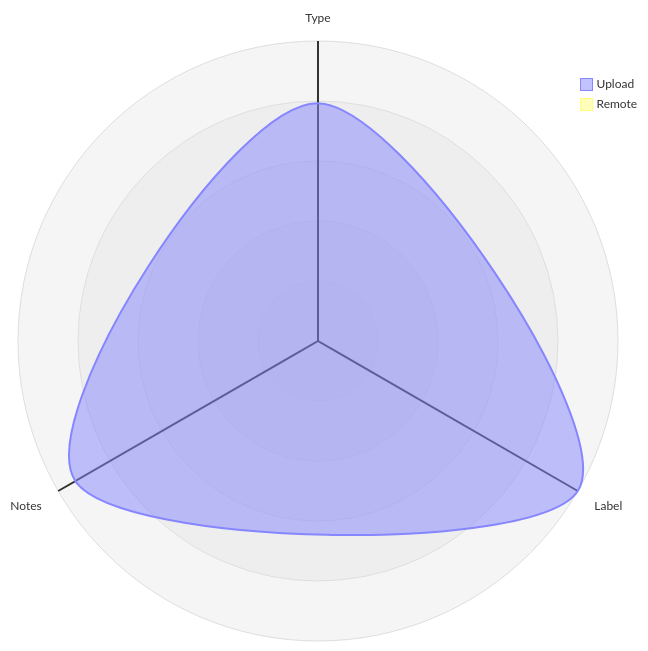
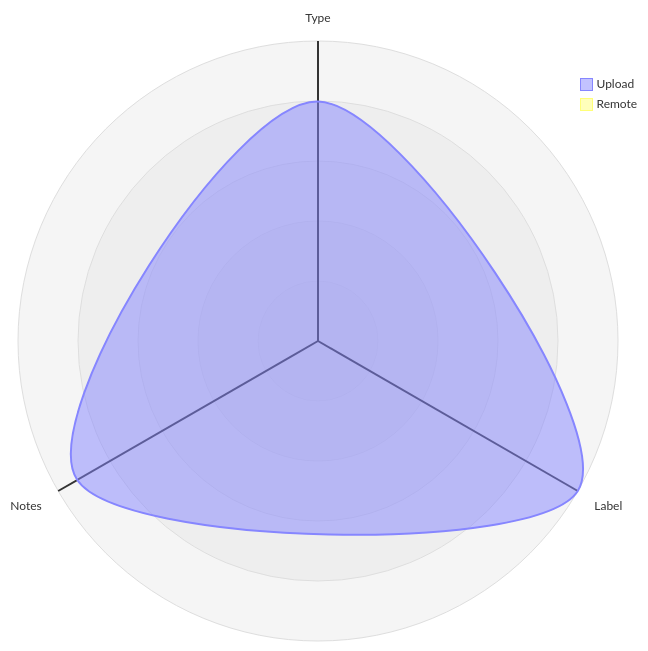
One commit to open-data/analytics-corporate-reporting changed the third of 5 diagrams in datastore_tracker/README.md. Above: the diagram before and after it, drawn with Mermaid. The commit also changed 8 other files, not shown here.

````diff
--- a/datastore_tracker/README.md
+++ b/datastore_tracker/README.md
@@ -107,12 +107,12 @@
 ```mermaid
 radar-beta
   axis T["Type"], L["Label"], N["Notes"]
-  curve u["Upload"]{0.00084, 0.00106, 0.00099}
+  curve u["Upload"]{0.00087, 0.00109, 0.00101}
   curve r["Remote"]{0, 0, 0}
 
   showLegend true
 
   min 0
   graticule circle
   ticks 5
 ```
````
